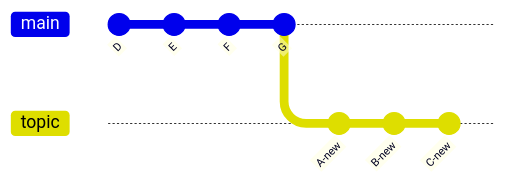
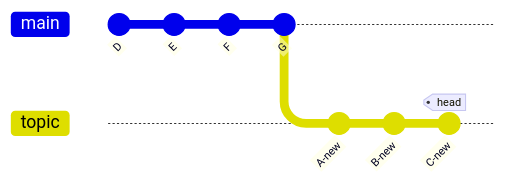
The fourth of 6 diagrams in notes/2025-09-16.md (compsys-progtools/fall2025), drawn with Mermaid before and after one commit.

Commit message:
add head in rebase vis

````diff
--- a/notes/2025-09-16.md
+++ b/notes/2025-09-16.md
@@ -446,13 +446,13 @@
 ```{mermaid}
 gitGraph
     commit id:"D"
     commit id:"E"
     commit id:"F"
     commit id:"G"
     branch topic
     checkout topic
     commit id:"A-new"
     commit id:"B-new"
-    commit id:"C-new"
+    commit id:"C-new" tag: "head"
     checkout main
 ```
````
